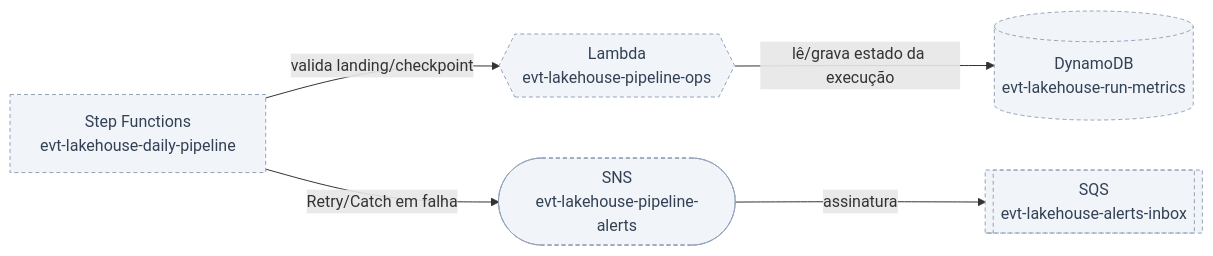
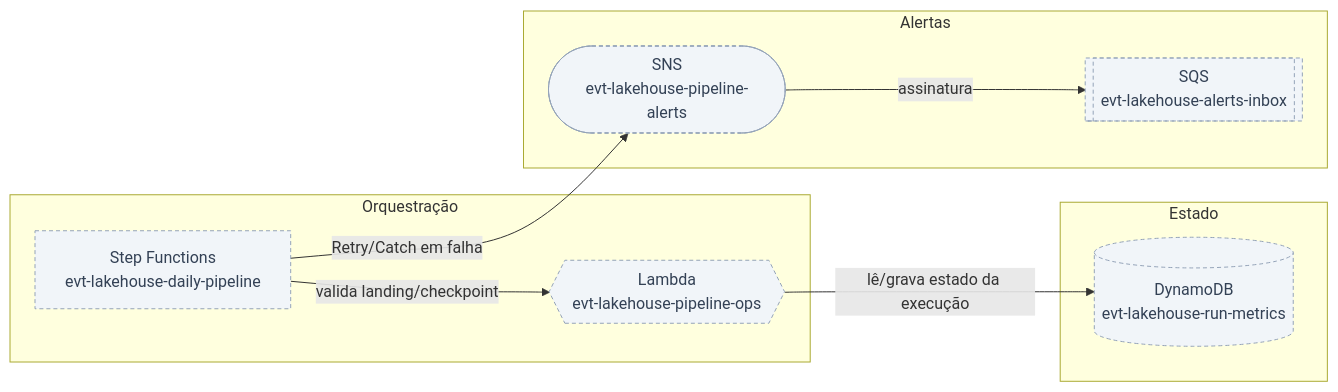
One commit to carlosr-data2/lakehouse-de-eventos-de-pagamento-com-contrato-de-dados changed the seventh of 8 diagrams in README.md. Above: the diagram before and after it, drawn with Mermaid. The commit also changed other lines of this file, not shown here.

````diff
--- a/README.md
+++ b/README.md
@@ -2071,15 +2101,24 @@
 ```mermaid
 flowchart LR
-    sfn["Step Functions<br/>evt-lakehouse-daily-pipeline"]
-    ops{{"Lambda<br/>evt-lakehouse-pipeline-ops"}}
-    metrics[("DynamoDB<br/>evt-lakehouse-run-metrics")]
-    sns(["SNS<br/>evt-lakehouse-pipeline-alerts"])
-    sqs[["SQS<br/>evt-lakehouse-alerts-inbox"]]
+    subgraph orquestracao["Orquestração"]
+        sfn["Step Functions<br/>evt-lakehouse-daily-pipeline"]
+        ops{{"Lambda<br/>evt-lakehouse-pipeline-ops"}}
+    end
+
+    subgraph alertas["Alertas"]
+        sns(["SNS<br/>evt-lakehouse-pipeline-alerts"])
+        sqs[["SQS<br/>evt-lakehouse-alerts-inbox"]]
+    end
+
+    subgraph estado["Estado"]
+        metrics[("DynamoDB<br/>evt-lakehouse-run-metrics")]
+    end
+
     sfn -->|valida landing/checkpoint| ops
     ops -->|lê/grava estado da execução| metrics
     sfn -->|Retry/Catch em falha| sns
     sns -->|assinatura| sqs
     classDef novo fill:#dbeafe,stroke:#1d4ed8,stroke-width:2px,color:#1e3a5f
     classDef existente fill:#f1f5f9,stroke:#94a3b8,stroke-width:1px,stroke-dasharray:4 3,color:#334155
     class sfn,ops,metrics,sns,sqs existente
 ```
````
